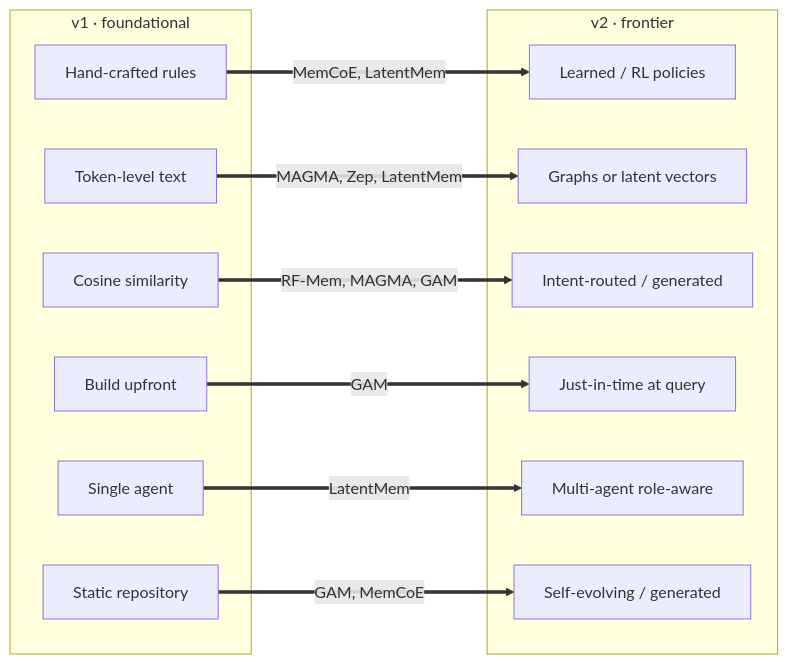
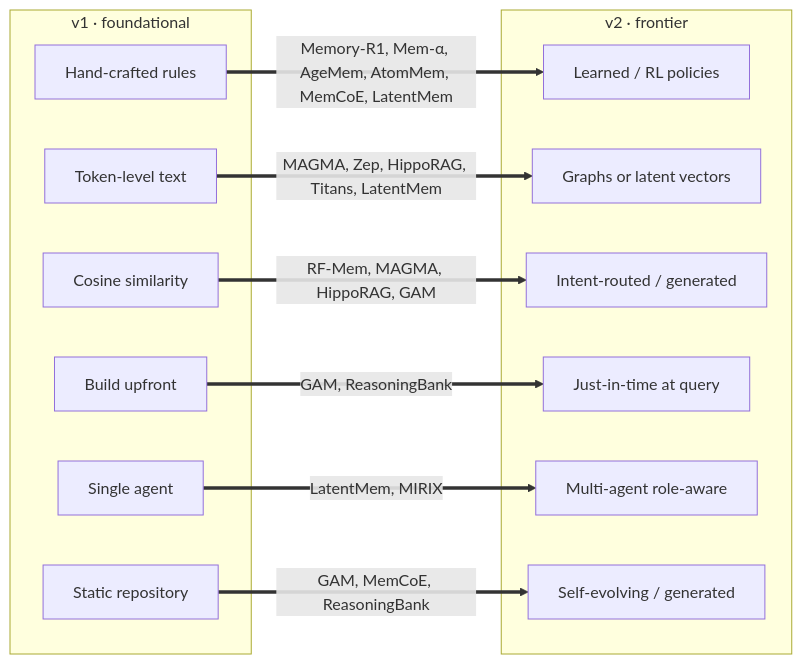
One commit to lyang24/papers changed the fourth of 6 diagrams in agentic_memory/README.md. Above: the diagram before and after it, drawn with Mermaid. The commit also changed other lines of this file, not shown here.

````diff
--- a/agentic_memory/README.md
+++ b/agentic_memory/README.md
@@ -158,25 +227,25 @@
 ```mermaid
 flowchart LR
     subgraph V1["v1 · foundational"]
         A1[Hand-crafted rules]
         A2[Token-level text]
         A3[Cosine similarity]
         A4[Build upfront]
         A5[Single agent]
         A6[Static repository]
     end
     subgraph V2["v2 · frontier"]
         B1[Learned / RL policies]
         B2[Graphs or latent vectors]
         B3[Intent-routed / generated]
         B4[Just-in-time at query]
         B5[Multi-agent role-aware]
         B6[Self-evolving / generated]
     end
-    A1 ==>|MemCoE, LatentMem| B1
-    A2 ==>|MAGMA, Zep, LatentMem| B2
-    A3 ==>|RF-Mem, MAGMA, GAM| B3
-    A4 ==>|GAM| B4
-    A5 ==>|LatentMem| B5
-    A6 ==>|GAM, MemCoE| B6
+    A1 ==>|"Memory-R1, Mem-α, AgeMem, AtomMem, MemCoE, LatentMem"| B1
+    A2 ==>|"MAGMA, Zep, HippoRAG, Titans, LatentMem"| B2
+    A3 ==>|"RF-Mem, MAGMA, HippoRAG, GAM"| B3
+    A4 ==>|"GAM, ReasoningBank"| B4
+    A5 ==>|"LatentMem, MIRIX"| B5
+    A6 ==>|"GAM, MemCoE, ReasoningBank"| B6
 ```
````
